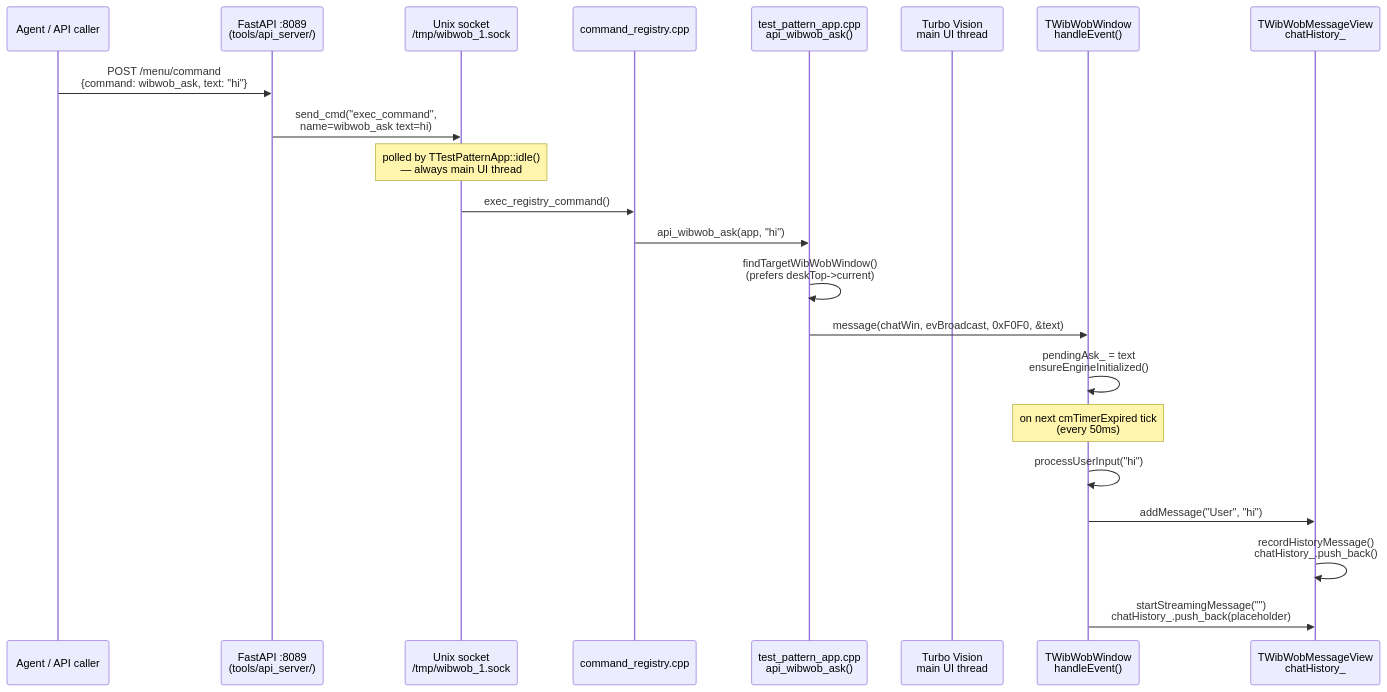
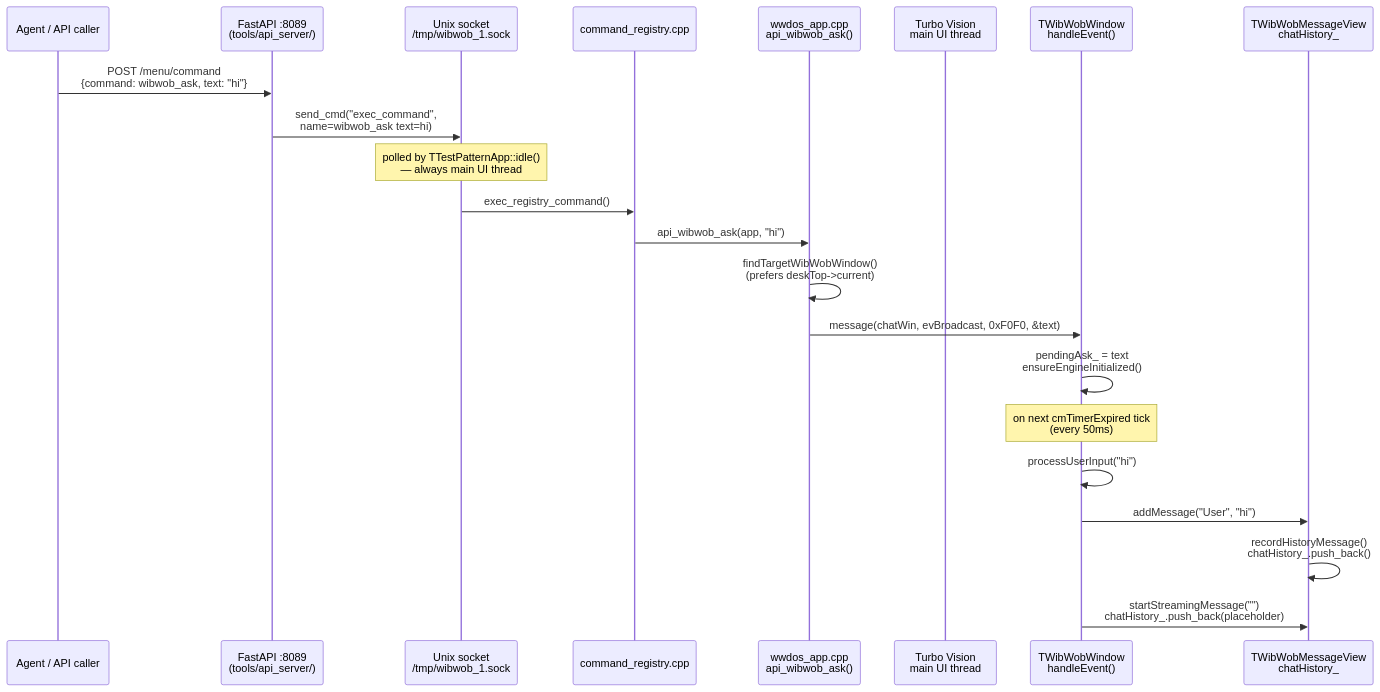
One commit to j-greig/wibandwob-dos-tvision changed the first of 3 diagrams in docs/architecture/chat-message-flow.md. Above: the diagram before and after it, drawn with Mermaid. The commit also changed 62 other files, not shown here.

First line of the commit message:
refactor(engine): rename test_pattern binary/class to wwdos + DRY docs pass (#100)

````diff
--- a/docs/architecture/chat-message-flow.md
+++ b/docs/architecture/chat-message-flow.md
@@ -7,25 +7,25 @@
 ```mermaid
 sequenceDiagram
     participant A as Agent / API caller
     participant PY as FastAPI :8089<br/>(tools/api_server/)
     participant IPC as Unix socket<br/>/tmp/wibwob_1.sock
     participant REG as command_registry.cpp
-    participant APP as test_pattern_app.cpp<br/>api_wibwob_ask()
+    participant APP as wwdos_app.cpp<br/>api_wibwob_ask()
     participant TV as Turbo Vision<br/>main UI thread
     participant WIN as TWibWobWindow<br/>handleEvent()
     participant MV as TWibWobMessageView<br/>chatHistory_
 
     A->>PY: POST /menu/command<br/>{command: wibwob_ask, text: "hi"}
     PY->>IPC: send_cmd("exec_command",<br/>name=wibwob_ask text=hi)
     Note over IPC: polled by TTestPatternApp::idle()<br/>— always main UI thread
     IPC->>REG: exec_registry_command()
     REG->>APP: api_wibwob_ask(app, "hi")
     APP->>APP: findTargetWibWobWindow()<br/>(prefers deskTop->current)
     APP->>WIN: message(chatWin, evBroadcast, 0xF0F0, &text)
     WIN->>WIN: pendingAsk_ = text<br/>ensureEngineInitialized()
     Note over WIN: on next cmTimerExpired tick<br/>(every 50ms)
     WIN->>WIN: processUserInput("hi")
     WIN->>MV: addMessage("User", "hi")
     MV->>MV: recordHistoryMessage()<br/>chatHistory_.push_back()
     WIN->>MV: startStreamingMessage("")<br/>chatHistory_.push_back(placeholder)
 ```
````
